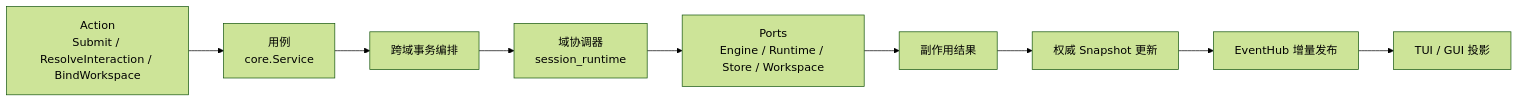
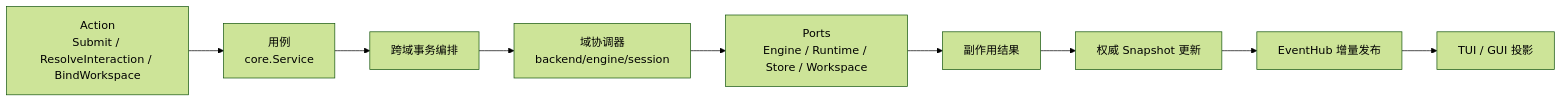
Before and after one commit to RedHuang-0622/seelex: the fourth of 5 diagrams in application/README.md, drawn with Mermaid (forest theme). The commit also changed other lines of this file and 53 other files, not shown here.

First line of the commit message:
refactor(arch): M5-R7f session_runtime 整包归位 backend/engine/session（plan §2.5）

````diff
--- a/application/README.md
+++ b/application/README.md
@@ -216,11 +216,11 @@
 ```mermaid
 flowchart LR
     ACTION["Action<br/>Submit / ResolveInteraction / BindWorkspace"] --> USE["用例<br/>core.Service"]
     USE --> TX["跨域事务编排"]
-    TX --> DOM["域协调器<br/>session_runtime"]
+    TX --> DOM["域协调器<br/>backend/engine/session"]
     DOM --> PORT["Ports<br/>Engine / Runtime / Store / Workspace"]
     PORT --> RESULT["副作用结果"]
     RESULT --> SNAP["权威 Snapshot 更新"]
     SNAP --> EV["EventHub 增量发布"]
     EV --> PROJ["TUI / GUI 投影"]
 ```
````
